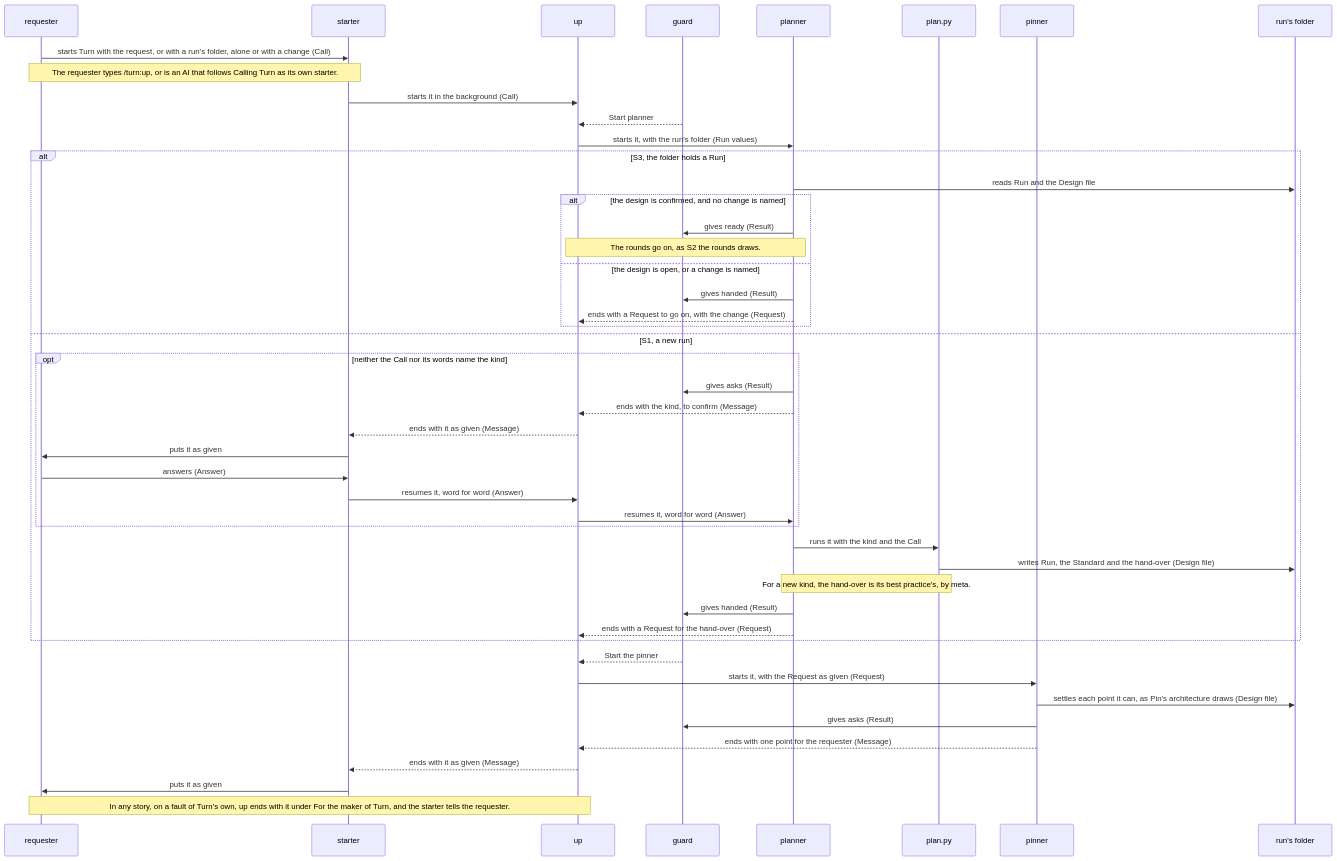
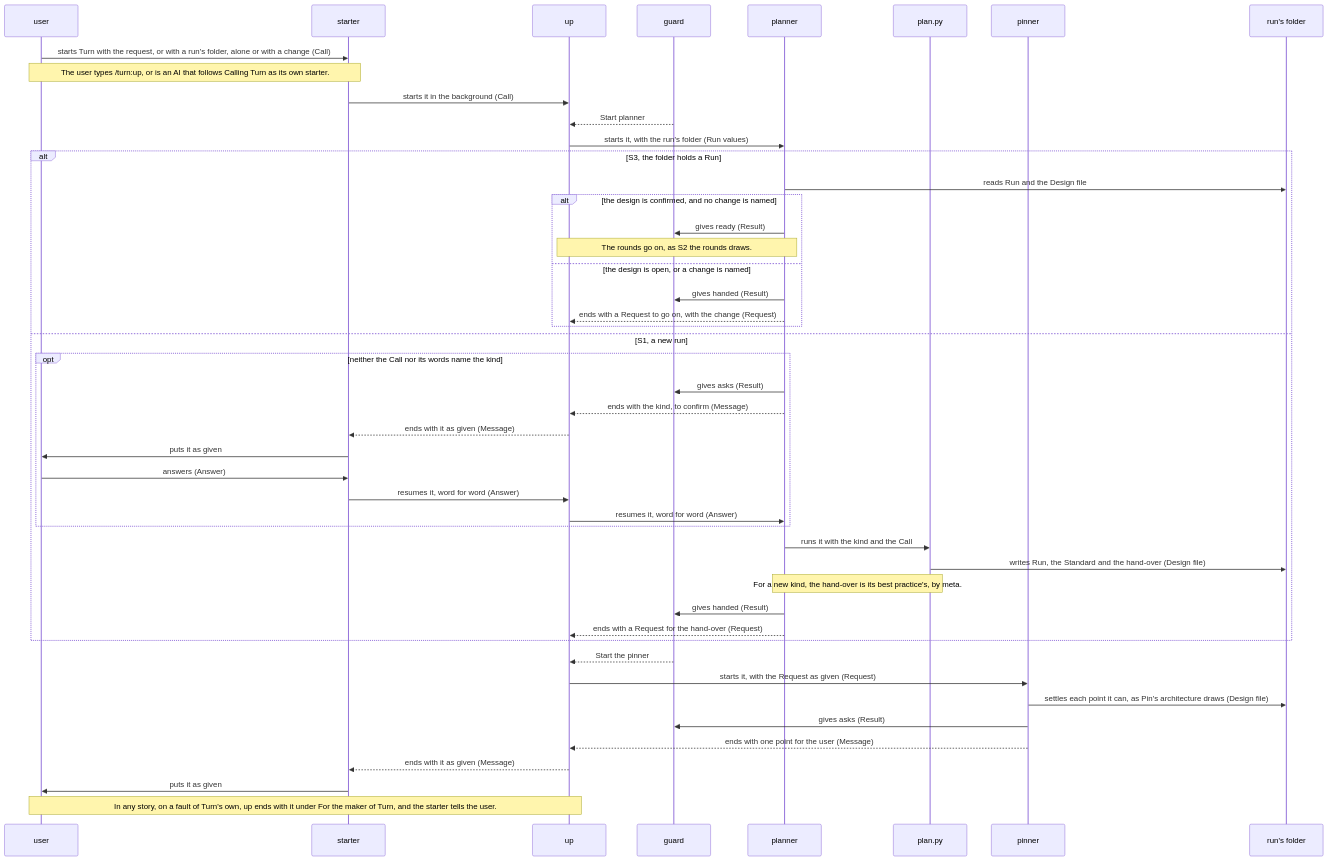
One commit to lovaizu/ccpm changed the first of 3 diagrams in plugins/turn/core/domain/best-practices/architecture/example.md. Above: the diagram before and after it, drawn with Mermaid. The commit also changed other lines of this file and 9 other files, not shown here.

First line of the commit message:
turn: Turn's one role is the user, not the requester, as each of the two is the user of what it uses, and the user of the work Turn makes is always named the work's user

````diff
--- a/plugins/turn/core/domain/best-practices/architecture/example.md
+++ b/plugins/turn/core/domain/best-practices/architecture/example.md
@@ -193,49 +193,49 @@
 ```mermaid
 sequenceDiagram
-  participant R as requester
+  participant R as user
   participant ST as starter
   participant U as up
   participant G as guard
   participant PL as planner
   participant PS as plan.py
   participant PN as pinner
   participant F as run's folder
   R->>ST: starts Turn with the request, or with a run's folder, alone or with a change (Call)
-  Note over R,ST: The requester types /turn:up, or is an AI that follows Calling Turn as its own starter.
+  Note over R,ST: The user types /turn:up, or is an AI that follows Calling Turn as its own starter.
   ST->>U: starts it in the background (Call)
   G-->>U: Start planner
   U->>PL: starts it, with the run's folder (Run values)
   alt S3, the folder holds a Run
     PL->>F: reads Run and the Design file
     alt the design is confirmed, and no change is named
       PL->>G: gives ready (Result)
       Note over U,PL: The rounds go on, as S2 the rounds draws.
     else the design is open, or a change is named
       PL->>G: gives handed (Result)
       PL-->>U: ends with a Request to go on, with the change (Request)
     end
   else S1, a new run
     opt neither the Call nor its words name the kind
       PL->>G: gives asks (Result)
       PL-->>U: ends with the kind, to confirm (Message)
       U-->>ST: ends with it as given (Message)
       ST->>R: puts it as given
       R->>ST: answers (Answer)
       ST->>U: resumes it, word for word (Answer)
       U->>PL: resumes it, word for word (Answer)
     end
     PL->>PS: runs it with the kind and the Call
     PS->>F: writes Run, the Standard and the hand-over (Design file)
     Note over PL,PS: For a new kind, the hand-over is its best practice's, by meta.
     PL->>G: gives handed (Result)
     PL-->>U: ends with a Request for the hand-over (Request)
   end
   G-->>U: Start the pinner
   U->>PN: starts it, with the Request as given (Request)
   PN->>F: settles each point it can, as Pin's architecture draws (Design file)
   PN->>G: gives asks (Result)
-  PN-->>U: ends with one point for the requester (Message)
+  PN-->>U: ends with one point for the user (Message)
   U-->>ST: ends with it as given (Message)
   ST->>R: puts it as given
-  Note over R,U: In any story, on a fault of Turn's own, up ends with it under For the maker of Turn, and the starter tells the requester.
+  Note over R,U: In any story, on a fault of Turn's own, up ends with it under For the maker of Turn, and the starter tells the user.
 ```
````
